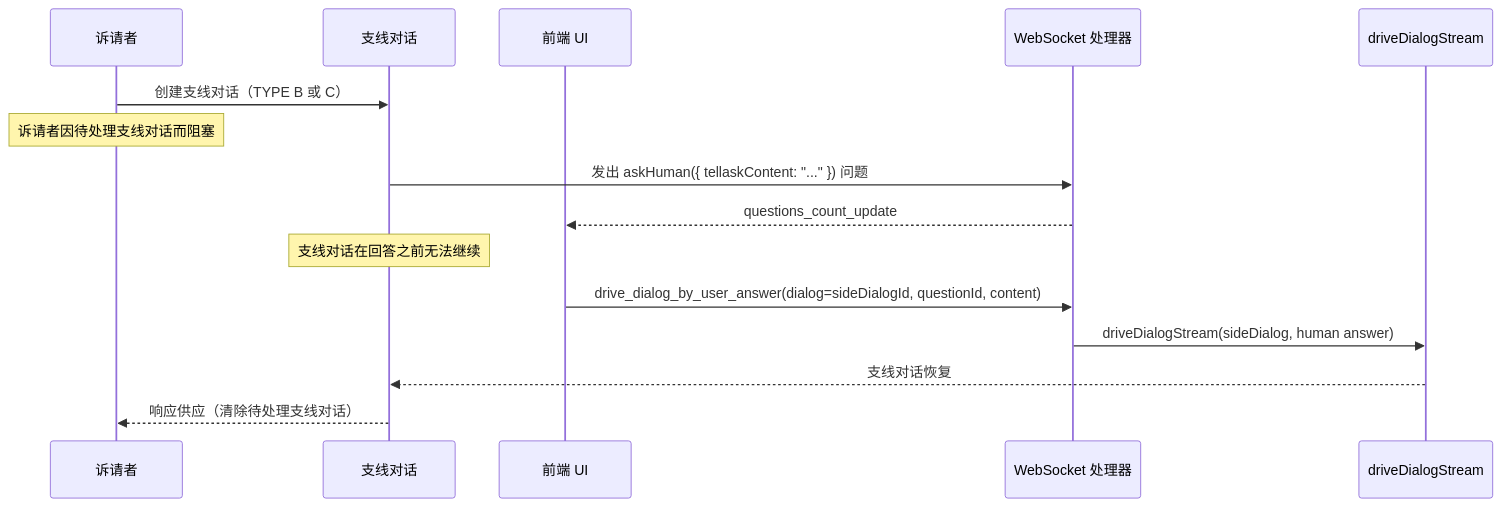
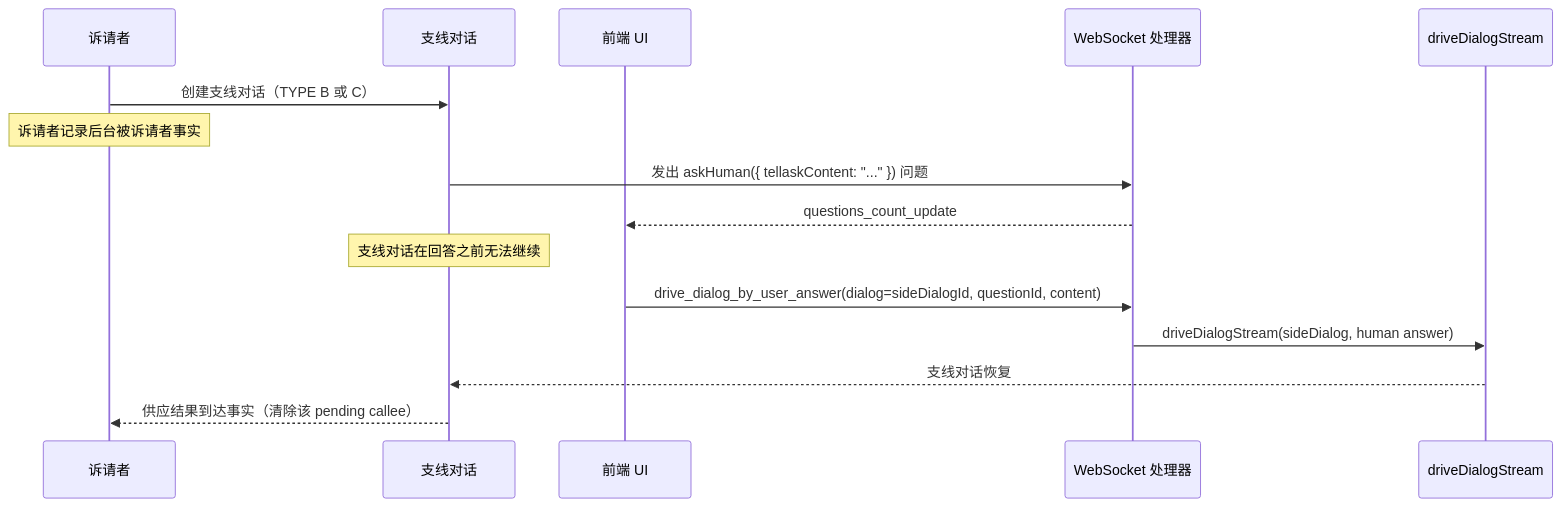
The fourth of 19 diagrams in docs/dialog-system.zh.md (longrun-ai/dominds), drawn with Mermaid before and after one commit. The commit also changed other lines of this file and 54 other files, not shown here.

````diff
--- a/docs/dialog-system.zh.md
+++ b/docs/dialog-system.zh.md
@@ -642,20 +639,20 @@
 ```mermaid
 sequenceDiagram
   participant Asker as 诉请者
   participant Side as 支线对话
   participant UI as 前端 UI
   participant WS as WebSocket 处理器
   participant Driver as driveDialogStream
 
   Asker->>Side: 创建支线对话（TYPE B 或 C）
-  Note over Asker: 诉请者因待处理支线对话而阻塞
+  Note over Asker: 诉请者记录后台被诉请者事实
 
   Side->>WS: 发出 askHuman({ tellaskContent: "..." }) 问题
   WS-->>UI: questions_count_update
   Note over Side: 支线对话在回答之前无法继续
 
   UI->>WS: drive_dialog_by_user_answer(dialog=sideDialogId, questionId, content)
   WS->>Driver: driveDialogStream(sideDialog, human answer)
   Driver-->>Side: 支线对话恢复
-  Side-->>Asker: 响应供应（清除待处理支线对话）
+  Side-->>Asker: 供应结果到达事实（清除该 pending callee）
 ```
````
